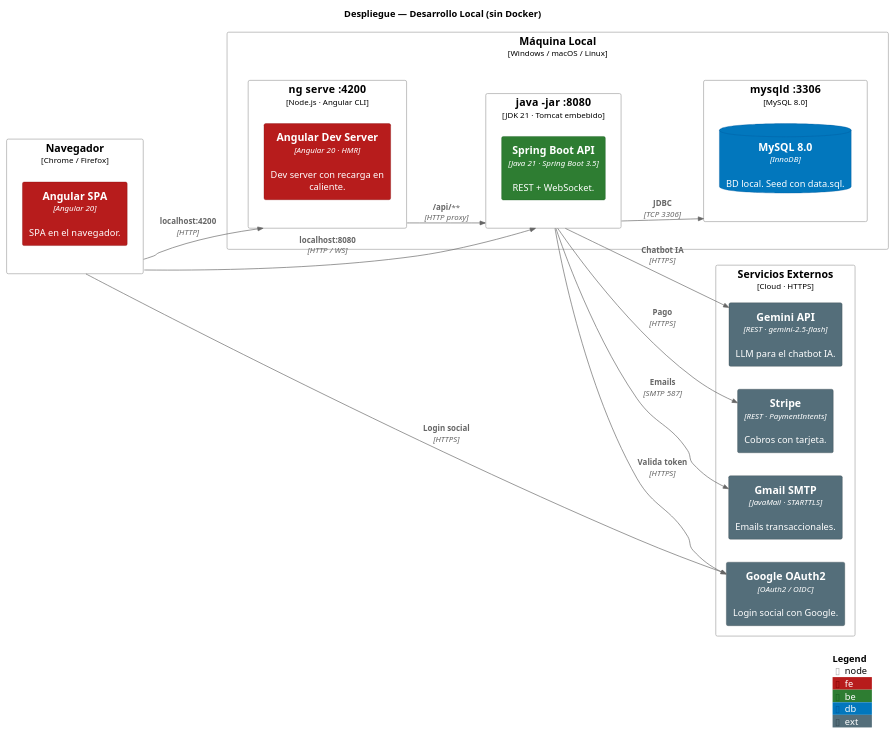
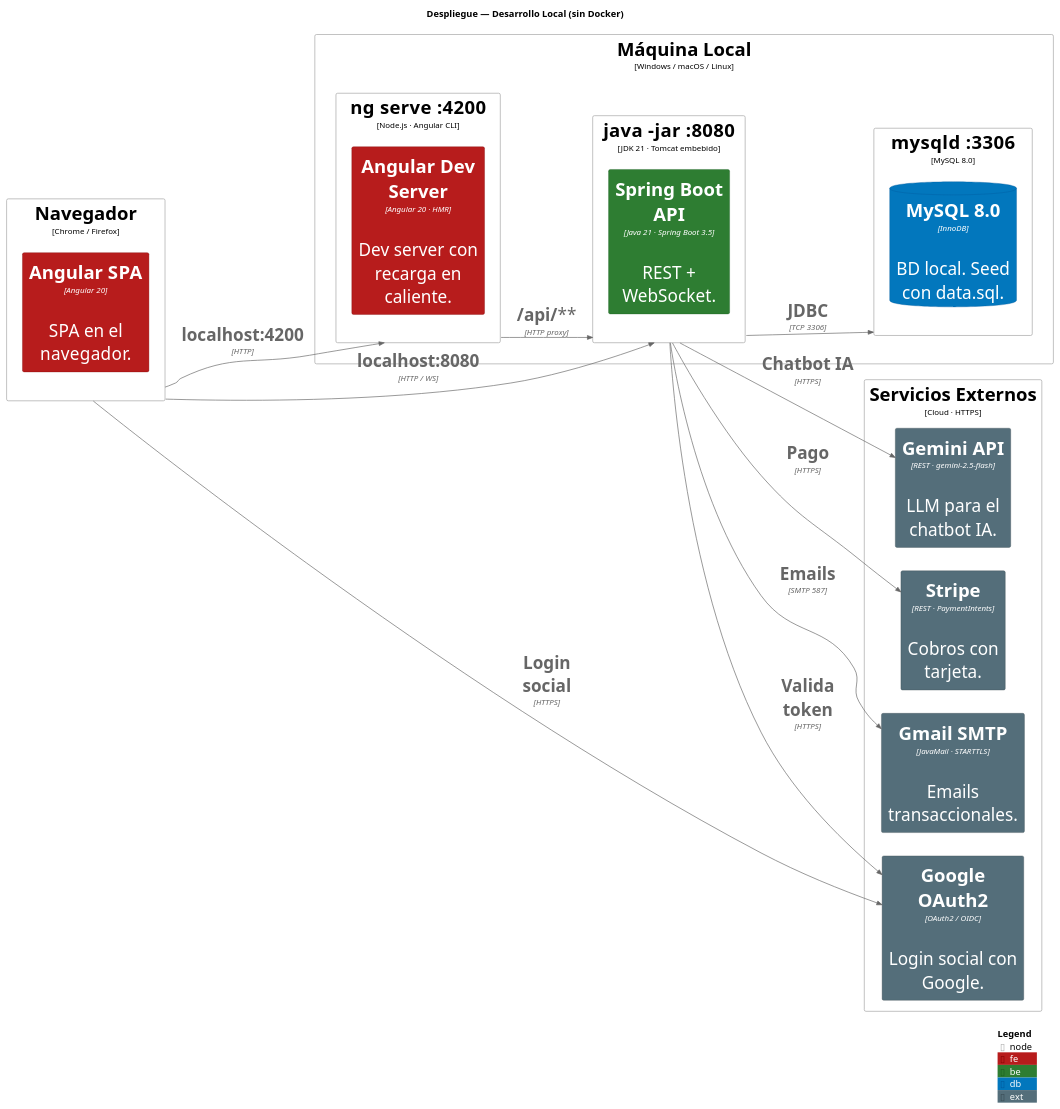
The diagram in docs/diagramas/vistas/vista_despliegue_dev_local.puml (ManuelAB09/magicworld), drawn with PlantUML before and after one commit. The commit also changed 12 other files, not shown here.

Commit message:
docs: Diagramas y readme finales

```diff
--- a/docs/diagramas/vistas/vista_despliegue_dev_local.puml
+++ b/docs/diagramas/vistas/vista_despliegue_dev_local.puml
@@ -1,50 +1,50 @@
 @startuml
 !include https://raw.githubusercontent.com/plantuml-stdlib/C4-PlantUML/master/C4_Deployment.puml
 
 LAYOUT_LEFT_RIGHT()
 
 AddElementTag("fe",  $bgColor="#b71c1c", $fontColor="#ffffff", $borderColor="#7f0000")
 AddElementTag("be",  $bgColor="#2e7d32", $fontColor="#ffffff", $borderColor="#1b5e20")
 AddElementTag("db",  $bgColor="#0277bd", $fontColor="#ffffff", $borderColor="#01579b")
 AddElementTag("ext", $bgColor="#546e7a", $fontColor="#ffffff", $borderColor="#37474f")
-
+skinparam defaultFontSize 26
 title Despliegue — Desarrollo Local (sin Docker)
 
 Deployment_Node(browser, "Navegador", "Chrome / Firefox") {
     Container(spa_dev, "Angular SPA", "Angular 20", "SPA en el navegador.", $tags="fe")
 }
 
 Deployment_Node(local, "Máquina Local", "Windows / macOS / Linux") {
 
     Deployment_Node(ng_proc, "ng serve  :4200", "Node.js · Angular CLI") {
         Container(ng_serve, "Angular Dev Server", "Angular 20 · HMR", "Dev server con recarga en caliente.", $tags="fe")
     }
 
     Deployment_Node(spring_proc, "java -jar  :8080", "JDK 21 · Tomcat embebido") {
         Container(spring_boot, "Spring Boot API", "Java 21 · Spring Boot 3.5", "REST + WebSocket.", $tags="be")
     }
 
     Deployment_Node(mysql_proc, "mysqld  :3306", "MySQL 8.0") {
         ContainerDb(mysql_local, "MySQL 8.0", "InnoDB", "BD local. Seed con data.sql.", $tags="db")
     }
 }
 
 Deployment_Node(externos, "Servicios Externos", "Cloud · HTTPS") {
     Container(oauth2,  "Google OAuth2",  "OAuth2 / OIDC",          "Login social con Google.",    $tags="ext")
     Container(gemini,  "Gemini API",     "REST · gemini-2.5-flash", "LLM para el chatbot IA.",     $tags="ext")
     Container(stripe,  "Stripe",         "REST · PaymentIntents",   "Cobros con tarjeta.",          $tags="ext")
     Container(smtp,    "Gmail SMTP",     "JavaMail · STARTTLS",     "Emails transaccionales.",      $tags="ext")
 }
 
 Rel(browser,      ng_proc,     "localhost:4200",  "HTTP")
 Rel(browser,      spring_proc, "localhost:8080",  "HTTP / WS")
 Rel_D(ng_proc,    spring_proc, "/api/**",          "HTTP proxy")
 Rel_D(spring_proc, mysql_proc, "JDBC",             "TCP 3306")
 Rel_R(browser,    oauth2,      "Login social",     "HTTPS")
 Rel_D(spring_proc, oauth2,     "Valida token",     "HTTPS")
 Rel_D(spring_proc, gemini,     "Chatbot IA",       "HTTPS")
 Rel_D(spring_proc, stripe,     "Pago",             "HTTPS")
 Rel_D(spring_proc, smtp,       "Emails",           "SMTP 587")
 
 SHOW_LEGEND()
 @enduml
```
